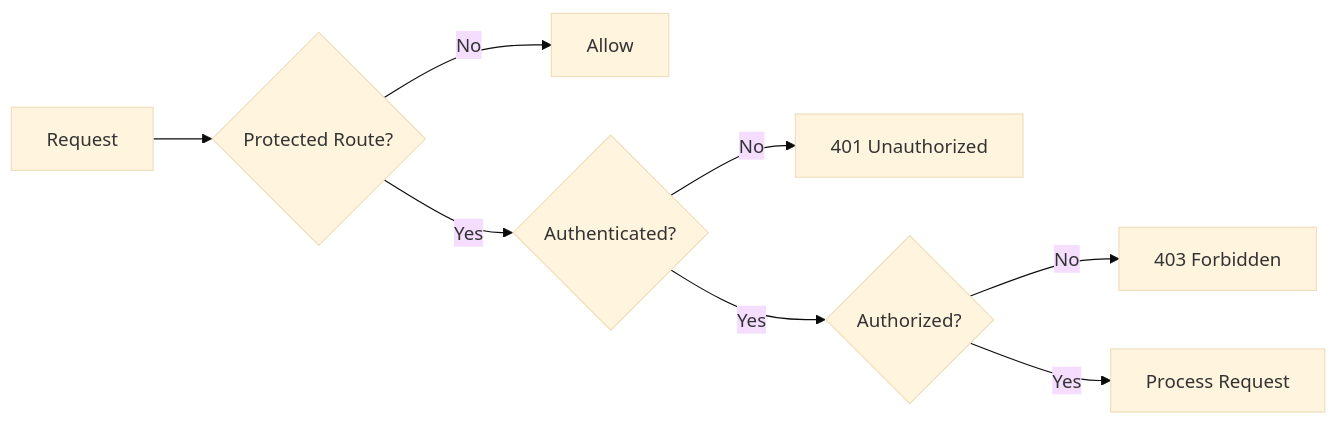
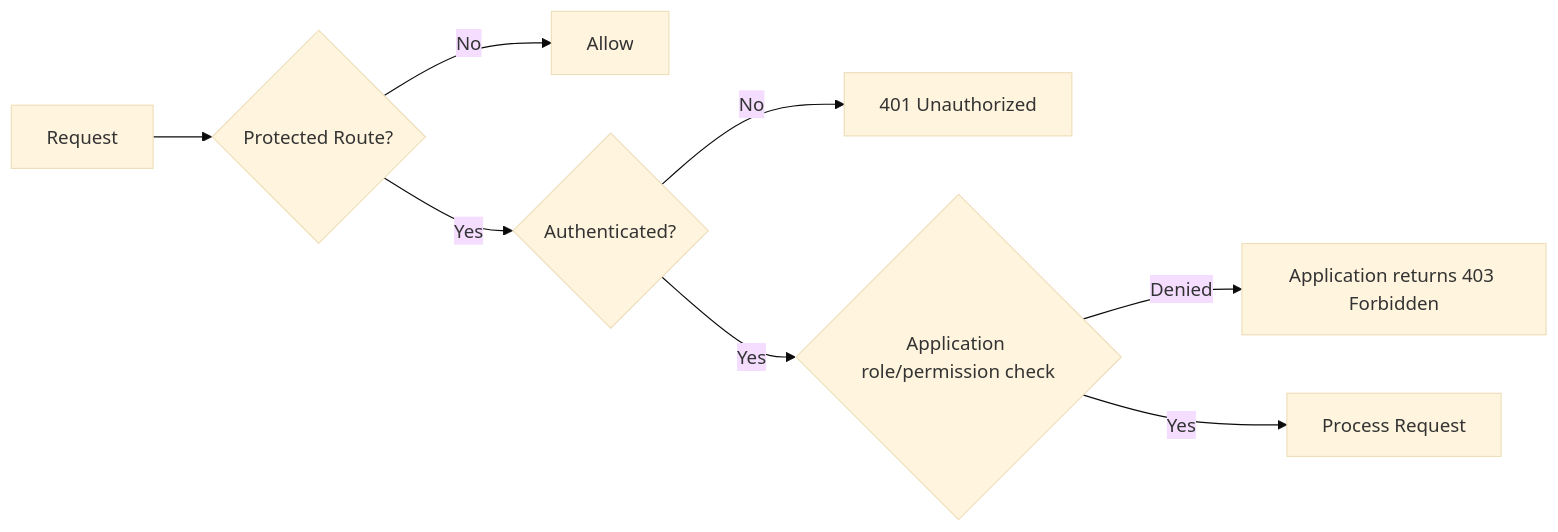
One commit to peterbud/nuxt-aegis changed the fourth of 7 diagrams in docs/architecture/index.md. Above: the diagram before and after it, drawn with Mermaid (base theme). The commit also changed other lines of this file and 4 other files, not shown here.

Commit message:
docs: refactor and review all architecture docs

````diff
--- a/docs/architecture/index.md
+++ b/docs/architecture/index.md
@@ -101,13 +109,13 @@
 ```mermaid
 graph LR
     A[Request] --> B{Protected Route?}
     B -->|No| C[Allow]
     B -->|Yes| D{Authenticated?}
     D -->|No| E[401 Unauthorized]
-    D -->|Yes| F{Authorized?}
-    F -->|No| G[403 Forbidden]
+    D -->|Yes| F{Application role/permission check}
+    F -->|Denied| G[Application returns 403 Forbidden]
     F -->|Yes| H[Process Request]
 
     class E error-node
     class G error-node
 ```
````
